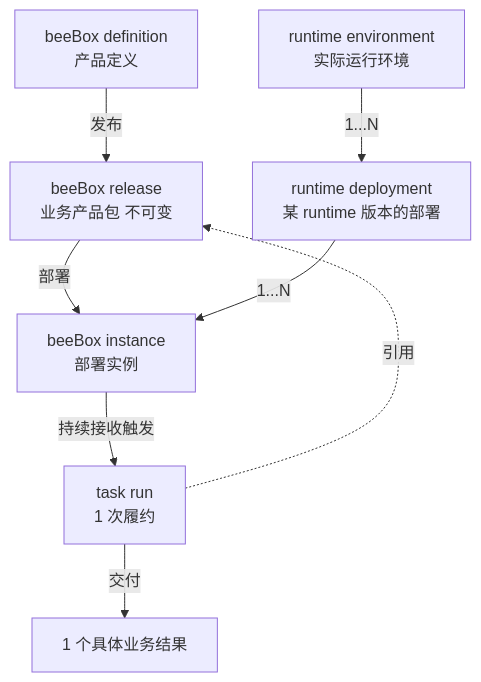
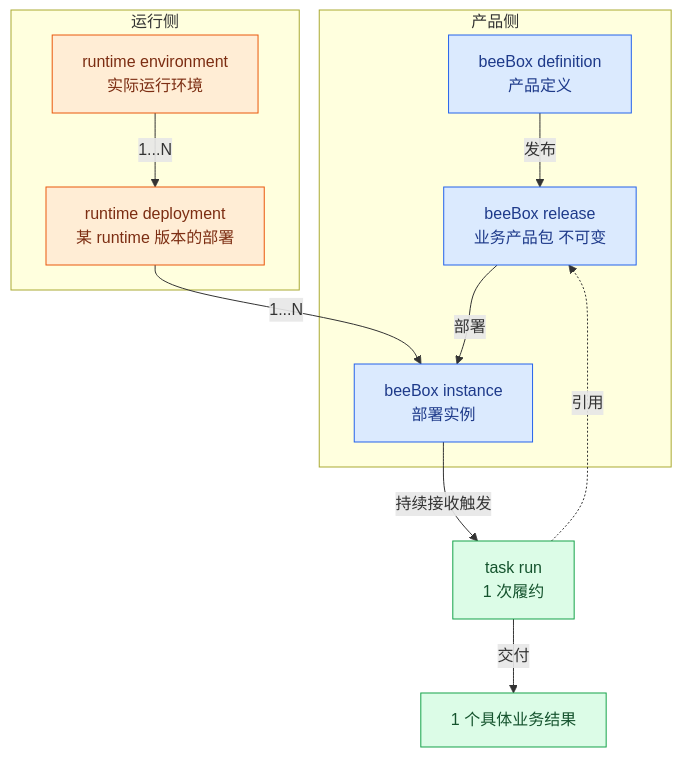
One commit to chehuizi/beeOS changed the first of 3 diagrams in docs/beebox-design.md. Above: the diagram before and after it, drawn with Mermaid. The commit also changed other lines of this file, not shown here.

Commit message:
docs: 总览图加 subgraph 分组 + classDef 配色

````diff
--- a/docs/beebox-design.md
+++ b/docs/beebox-design.md
@@ -66,18 +66,32 @@
 ```mermaid
 flowchart TB
-  def["beeBox definition\n产品定义"]
-  env["runtime environment\n实际运行环境"]
-  rel["beeBox release\n业务产品包 不可变"]
-  dep["runtime deployment\n某 runtime 版本的部署"]
-  ins["beeBox instance\n部署实例"]
+  subgraph prod["产品侧"]
+    def["beeBox definition\n产品定义"]
+    rel["beeBox release\n业务产品包 不可变"]
+    ins["beeBox instance\n部署实例"]
+  end
+
+  subgraph rt["运行侧"]
+    env["runtime environment\n实际运行环境"]
+    dep["runtime deployment\n某 runtime 版本的部署"]
+  end
+
   run["task run\n1 次履约"]
   result["1 个具体业务结果"]
 
   def -->|发布| rel
+  rel -->|部署| ins
   env -->|1...N| dep
-  rel -->|部署| ins
   dep -->|1...N| ins
   ins -->|持续接收触发| run
   run -->|交付| result
   run -.引用.-> rel
+
+  classDef product fill:#dbeafe,stroke:#2563eb,color:#1e3a8a
+  classDef runtime fill:#ffedd5,stroke:#ea580c,color:#7c2d12
+  classDef fulfill fill:#dcfce7,stroke:#16a34a,color:#14532d
+
+  class def,rel,ins product
+  class env,dep runtime
+  class run,result fulfill
 ```
````
